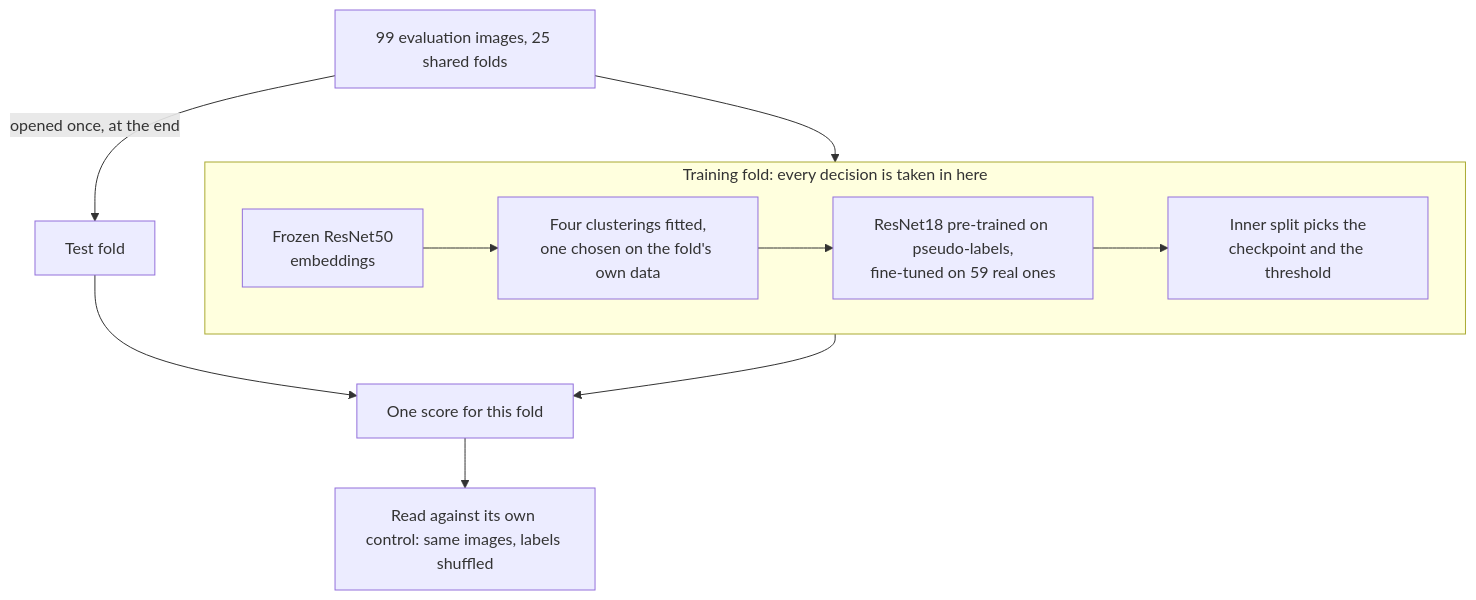
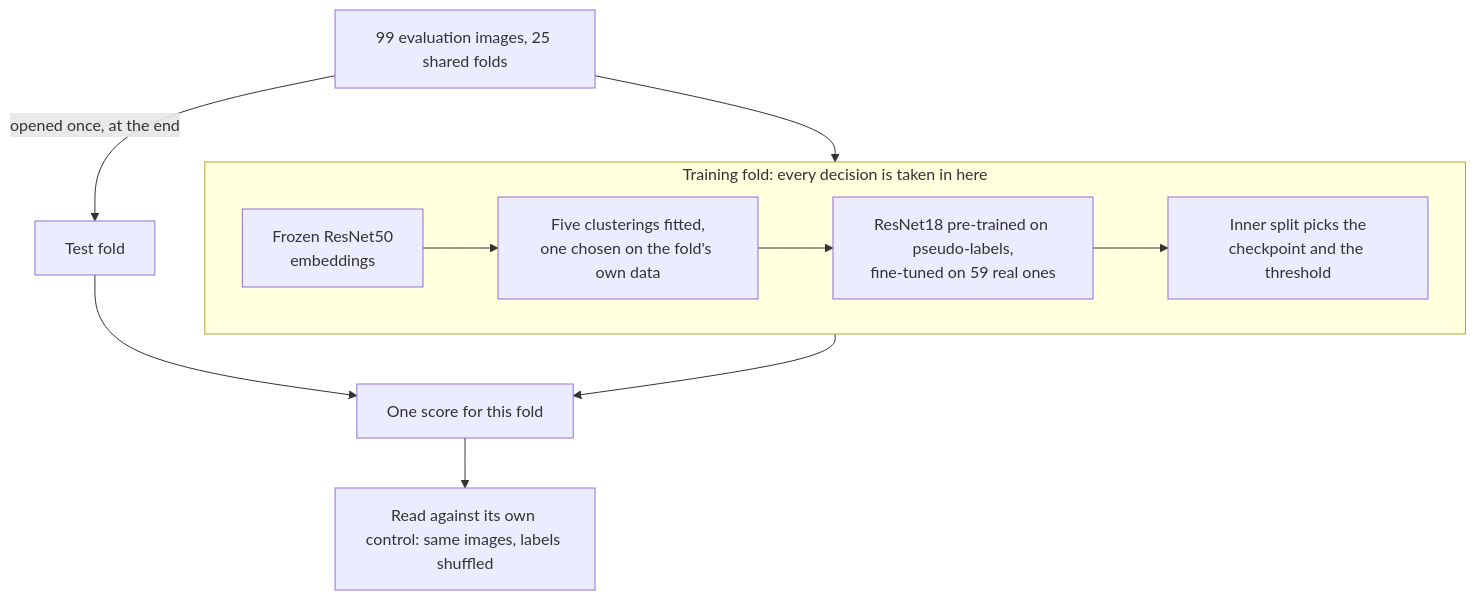
Before and after one commit to BenoitJT-GIRARD/mri-semisupervised: the diagram in README.md, drawn with Mermaid. The commit also changed other lines of this file and 2 other files, not shown here.

````diff
--- a/README.md
+++ b/README.md
@@ -243,19 +246,19 @@
 ```mermaid
 flowchart TB
     POOL["99 evaluation images, 25 shared folds"]
     POOL --> TRAIN
     POOL -->|"opened once, at the end"| TEST["Test fold"]
 
     subgraph TRAIN["Training fold: every decision is taken in here"]
         direction LR
         EMB["Frozen ResNet50<br/>embeddings"]
-        PICK["Four clusterings fitted,<br/>one chosen on the fold's own data"]
+        PICK["Five clusterings fitted,<br/>one chosen on the fold's own data"]
         NET["ResNet18 pre-trained on pseudo-labels,<br/>fine-tuned on 59 real ones"]
         INNER["Inner split picks the<br/>checkpoint and the threshold"]
         EMB --> PICK --> NET --> INNER
     end
 
     TRAIN --> SCORE["One score for this fold"]
     TEST --> SCORE
     SCORE --> PAIRED["Read against its own control: same images, labels shuffled"]
 ```
````
